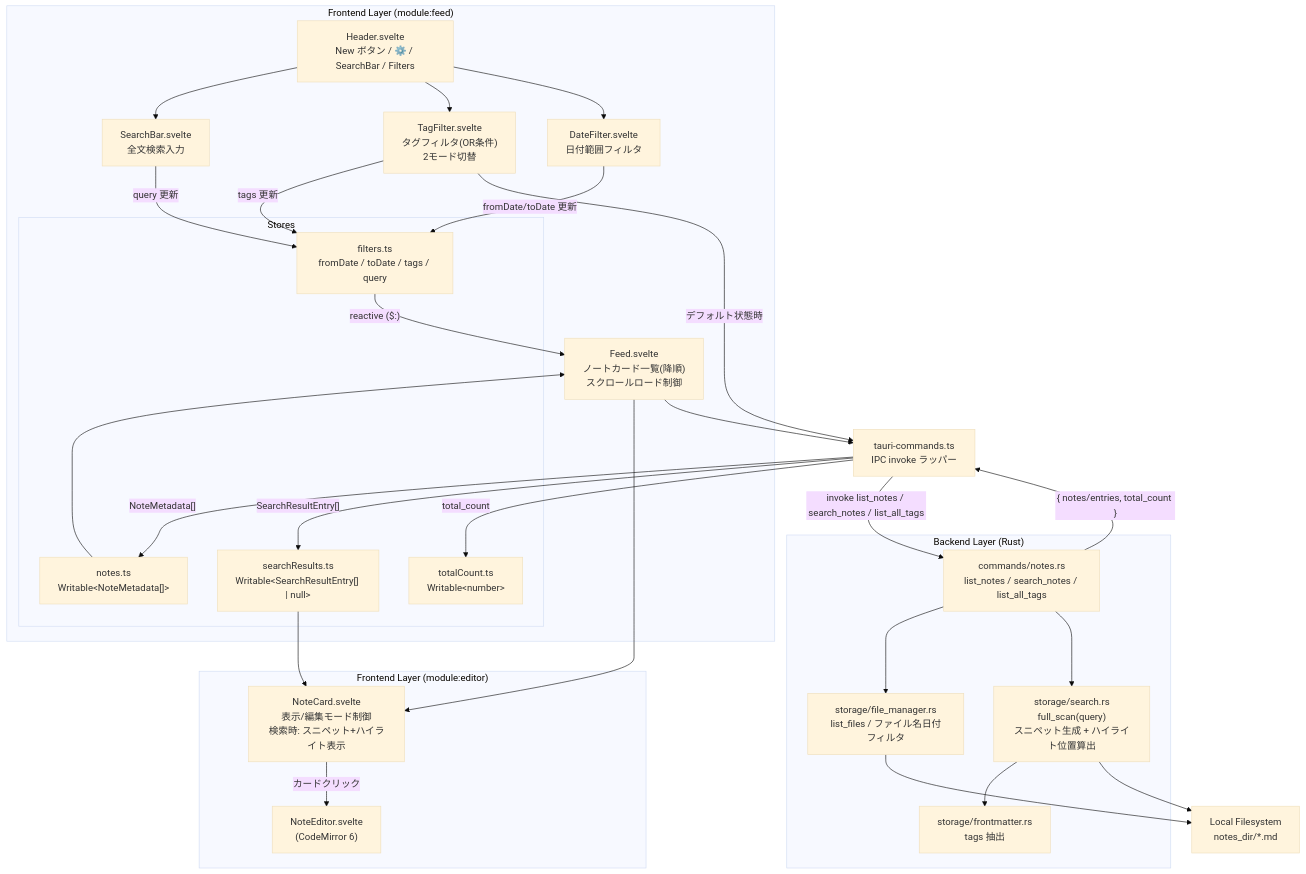
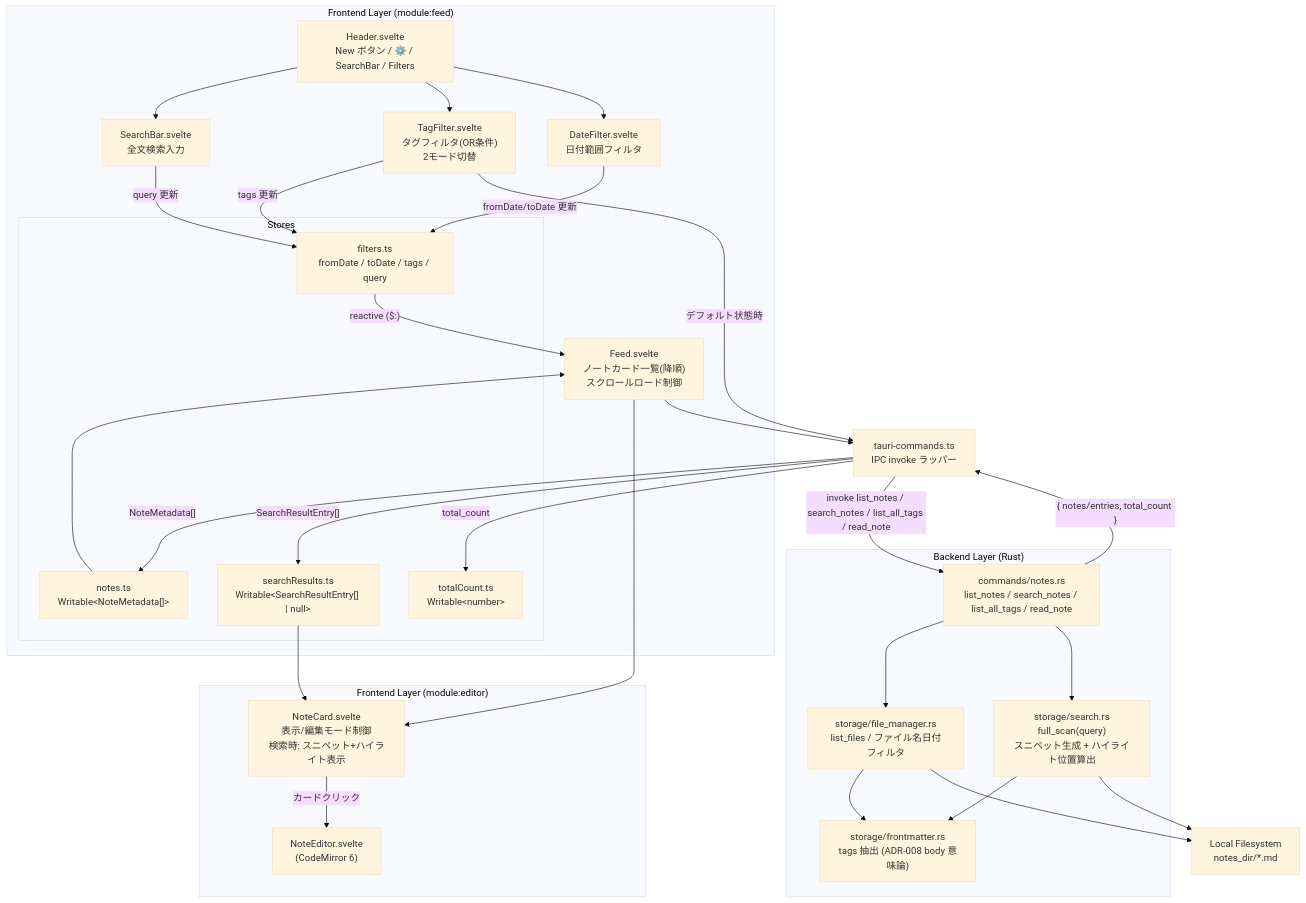
Before and after one commit to dev-komenzar/prompt-notes: the first of 5 diagrams in docs/detailed_design/feed_search_design.md, drawn with Mermaid (base theme). The commit also changed other lines of this file and 8 other files, not shown here.

````diff
--- a/docs/detailed_design/feed_search_design.md
+++ b/docs/detailed_design/feed_search_design.md
@@ -66,60 +66,61 @@
 ```mermaid
 graph TB
     subgraph "Frontend Layer (module:feed)"
         HD["Header.svelte<br/>New ボタン / ⚙️ / SearchBar / Filters"]
         FD["Feed.svelte<br/>ノートカード一覧(降順)<br/>スクロールロード制御"]
         SB["SearchBar.svelte<br/>全文検索入力"]
         TF["TagFilter.svelte<br/>タグフィルタ(OR条件)<br/>2モード切替"]
         DF["DateFilter.svelte<br/>日付範囲フィルタ"]
 
         subgraph "Stores"
             NS["notes.ts<br/>Writable&lt;NoteMetadata[]&gt;"]
             FS["filters.ts<br/>fromDate / toDate / tags / query"]
             SRS["searchResults.ts<br/>Writable&lt;SearchResultEntry[] | null&gt;"]
             TC_STORE["totalCount.ts<br/>Writable&lt;number&gt;"]
         end
     end
 
     subgraph "Frontend Layer (module:editor)"
         NC["NoteCard.svelte<br/>表示/編集モード制御<br/>検索時: スニペット+ハイライト表示"]
         NE["NoteEditor.svelte<br/>(CodeMirror 6)"]
     end
 
     TC["tauri-commands.ts<br/>IPC invoke ラッパー"]
 
     subgraph "Backend Layer (Rust)"
-        CMD["commands/notes.rs<br/>list_notes / search_notes / list_all_tags"]
+        CMD["commands/notes.rs<br/>list_notes / search_notes / list_all_tags / read_note"]
         FMGR["storage/file_manager.rs<br/>list_files / ファイル名日付フィルタ"]
         SRCH["storage/search.rs<br/>full_scan(query)<br/>スニペット生成 + ハイライト位置算出"]
-        FM["storage/frontmatter.rs<br/>tags 抽出"]
+        FM["storage/frontmatter.rs<br/>tags 抽出 (ADR-008 body 意味論)"]
     end
 
     FS_DISK["Local Filesystem<br/>notes_dir/*.md"]
 
     HD --> SB
     HD --> TF
     HD --> DF
     SB -->|query 更新| FS
     TF -->|tags 更新| FS
     DF -->|fromDate/toDate 更新| FS
 
     FS -->|"reactive ($:)"| FD
     FD --> NC
     NC -->|カードクリック| NE
     NS --> FD
     SRS --> NC
 
     FD --> TC
     TF -->|"デフォルト状態時"| TC
-    TC -->|"invoke list_notes / search_notes / list_all_tags"| CMD
+    TC -->|"invoke list_notes / search_notes / list_all_tags / read_note"| CMD
     CMD --> FMGR
     CMD --> SRCH
     SRCH --> FM
+    FMGR --> FM
     FMGR --> FS_DISK
     SRCH --> FS_DISK
 
     CMD -->|"{ notes/entries, total_count }"| TC
     TC -->|"NoteMetadata[]"| NS
     TC -->|"SearchResultEntry[]"| SRS
     TC -->|"total_count"| TC_STORE
 ```
````
